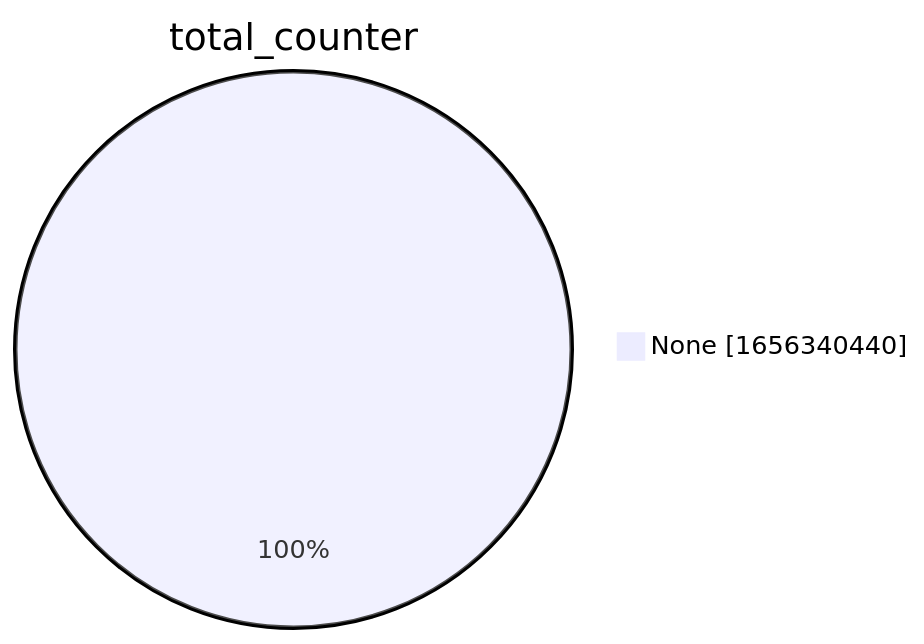
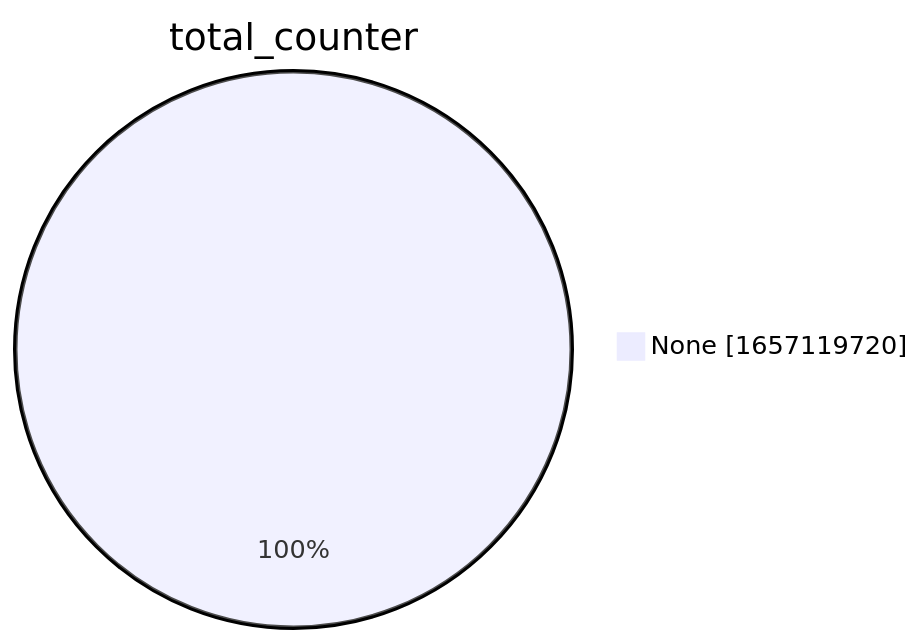
One commit to christiankrug/ctmonitor_visualization changed the second of 15 diagrams in xenon2022/README.md. Above: the diagram before and after it, drawn with Mermaid. The commit also changed other lines of this file, not shown here.

````diff
--- a/xenon2022/README.md
+++ b/xenon2022/README.md
@@ -9,5 +9,5 @@
 ```mermaid
 pie showData
 title total_counter
-"None" :1656340440
+"None" :1657119720
 ```
````
